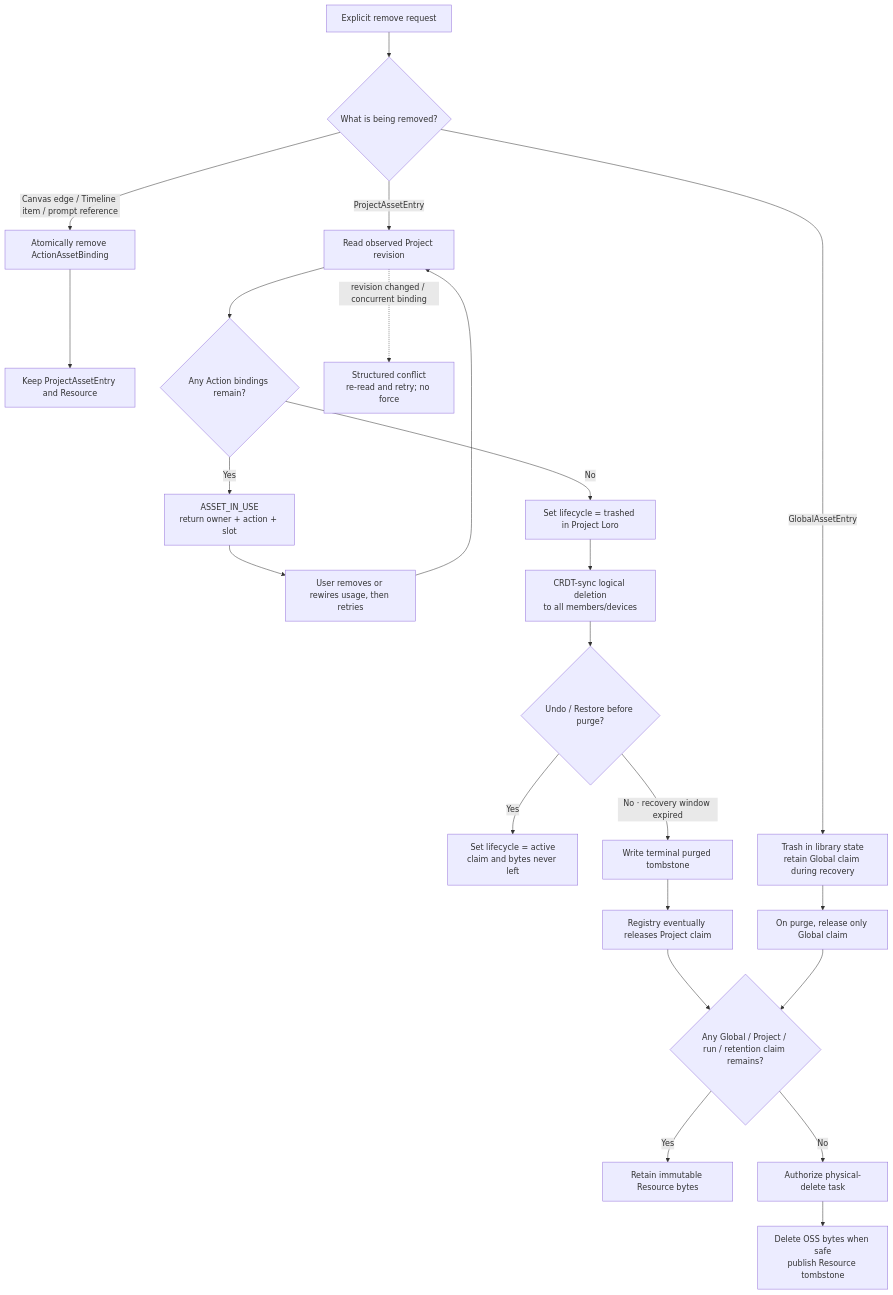
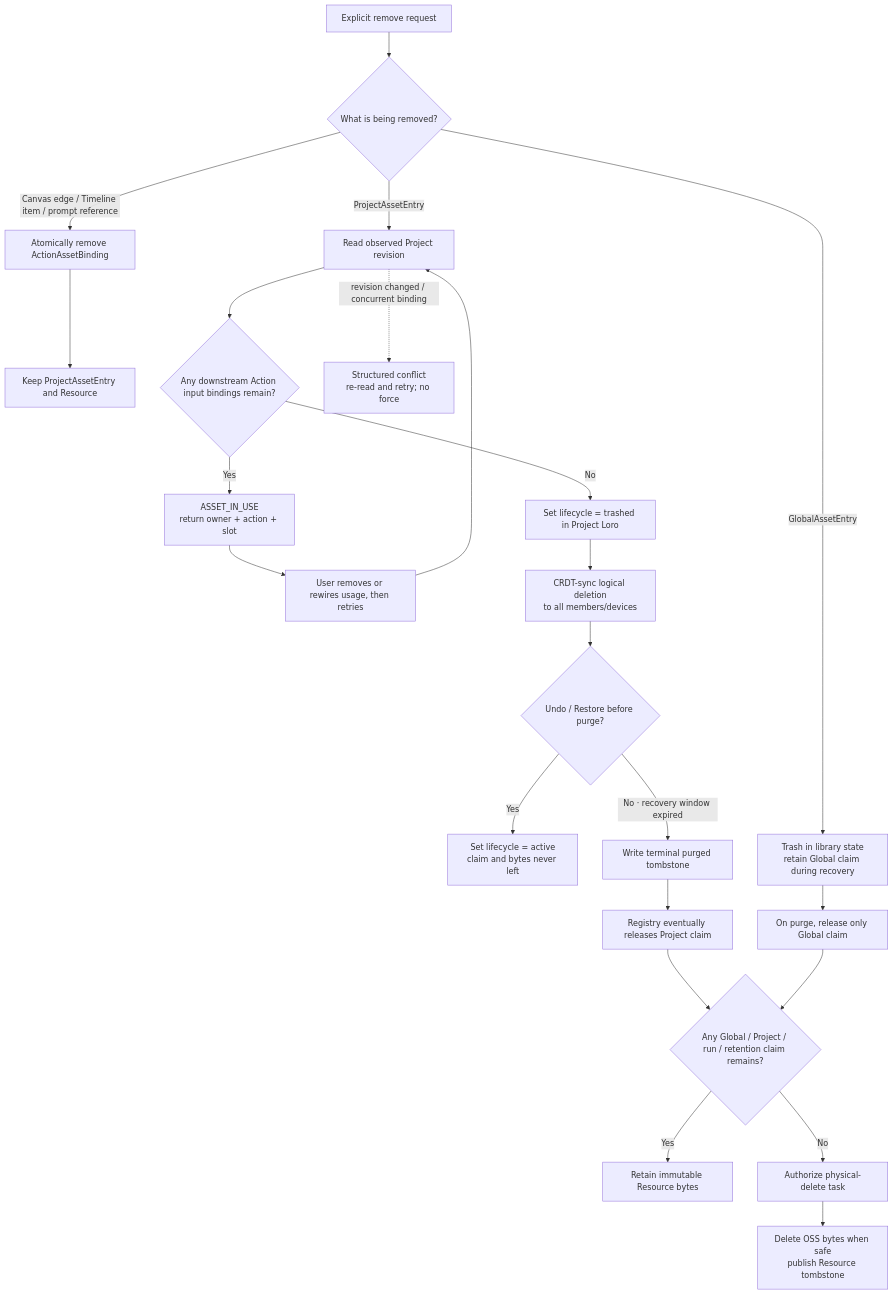
One commit to clash-space/clash changed the fifth of 6 diagrams in apps/docs/guide/asset-system.md. Above: the diagram before and after it, drawn with Mermaid. The commit also changed other lines of this file and 486 other files, not shown here.

````diff
--- a/apps/docs/guide/asset-system.md
+++ b/apps/docs/guide/asset-system.md
@@ -173,28 +192,28 @@
 ```mermaid
 flowchart TD
   request["Explicit remove request"] --> target{"What is being removed?"}
   target -->|"Canvas edge / Timeline item / prompt reference"| unbind["Atomically remove ActionAssetBinding"]
   unbind --> keepEntry["Keep ProjectAssetEntry and Resource"]
 
   target -->|"ProjectAssetEntry"| read["Read observed Project revision"]
-  read --> refs{"Any Action bindings remain?"}
+  read --> refs{"Any downstream Action input bindings remain?"}
   refs -->|"Yes"| reject["ASSET_IN_USE\nreturn owner + action + slot"]
   reject --> rewire["User removes or rewires usage, then retries"]
   rewire --> read
   refs -->|"No"| trash["Set lifecycle = trashed in Project Loro"]
   trash --> sync["CRDT-sync logical deletion\nto all members/devices"]
   sync --> undo{"Undo / Restore before purge?"}
   undo -->|"Yes"| restore["Set lifecycle = active\nclaim and bytes never left"]
   undo -->|"No · recovery window expired"| purge["Write terminal purged tombstone"]
   purge --> release["Registry eventually releases Project claim"]
   release --> claims{"Any Global / Project / run / retention claim remains?"}
   claims -->|"Yes"| retain["Retain immutable Resource bytes"]
   claims -->|"No"| queue["Authorize physical-delete task"]
   queue --> erase["Delete OSS bytes when safe\npublish Resource tombstone"]
 
   target -->|"GlobalAssetEntry"| global["Trash in library state\nretain Global claim during recovery"]
   global --> globalPurge["On purge, release only Global claim"]
   globalPurge --> claims
 
   read -. "revision changed / concurrent binding" .-> conflict["Structured conflict\nre-read and retry; no force"]
 ```
````
